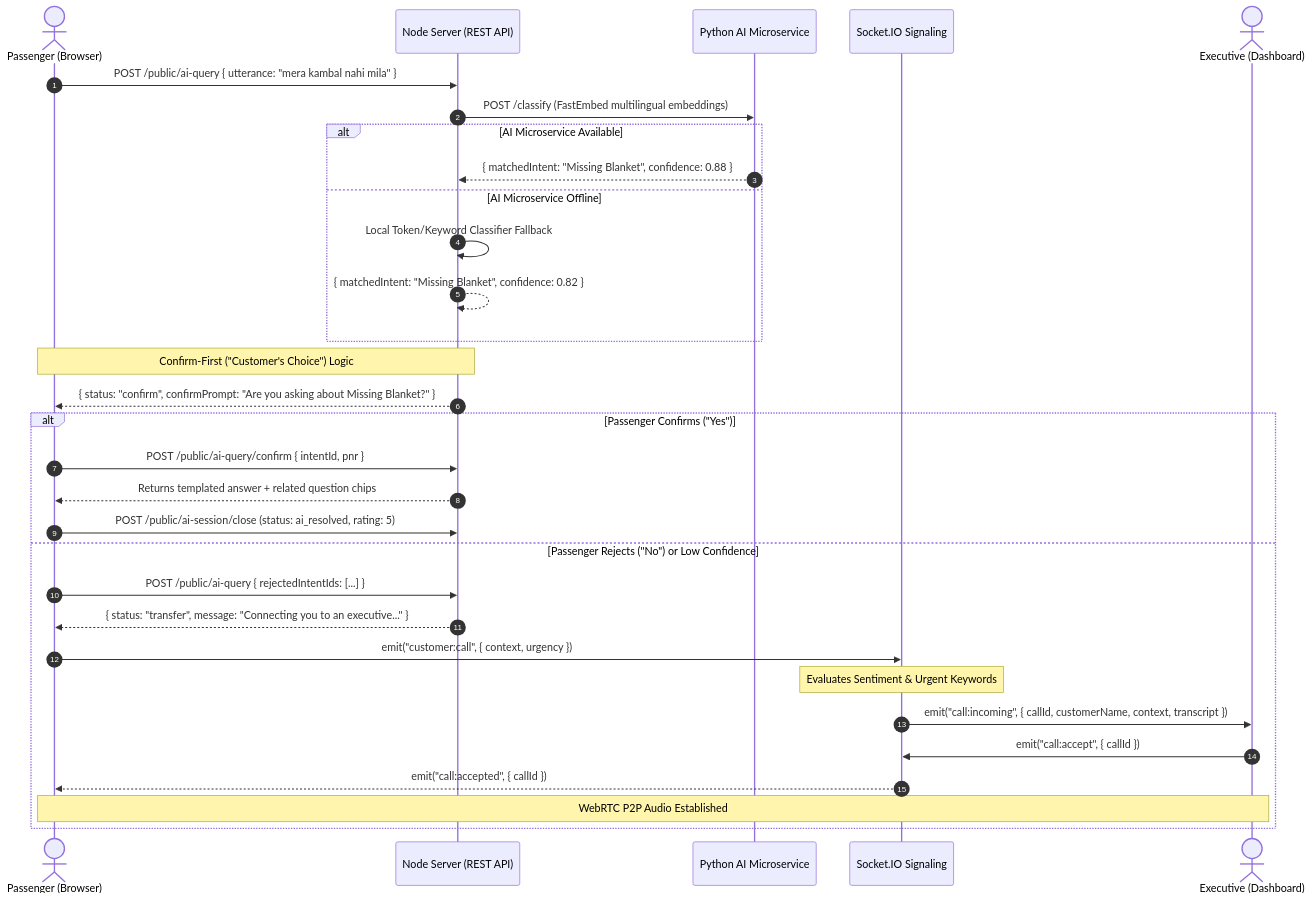
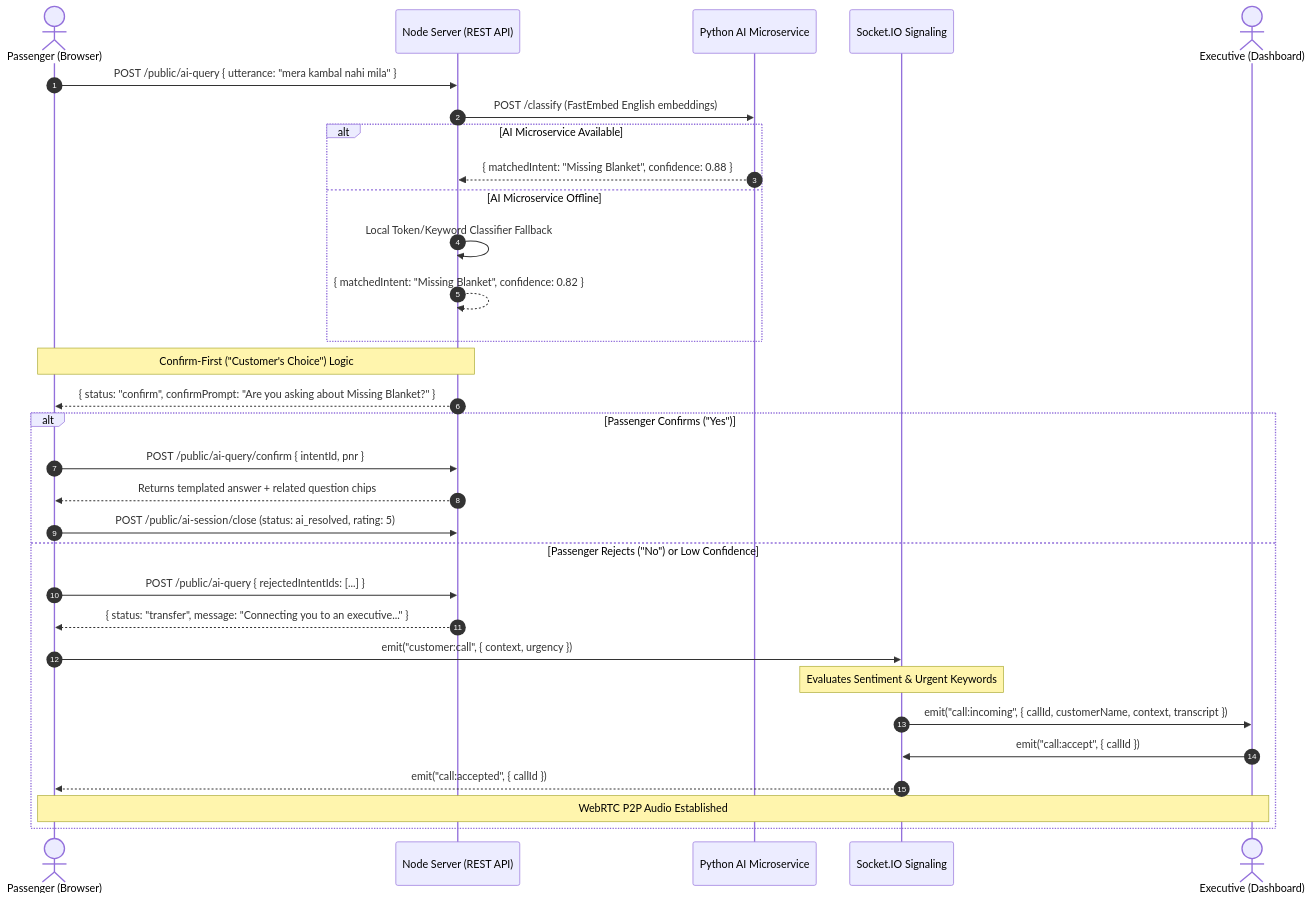
Before and after one commit to Murtazahd04/Railcare-Ai: the second of 6 diagrams in README.md, drawn with Mermaid. The commit also changed other lines of this file and 7 other files, not shown here.

````diff
--- a/README.md
+++ b/README.md
@@ -171,36 +171,36 @@
 ```mermaid
 sequenceDiagram
     autonumber
     actor P as Passenger (Browser)
     participant B as Node Server (REST API)
     participant AI as Python AI Microservice
     participant S as Socket.IO Signaling
     actor E as Executive (Dashboard)
 
     P->>B: POST /public/ai-query { utterance: "mera kambal nahi mila" }
-    B->>AI: POST /classify (FastEmbed multilingual embeddings)
+    B->>AI: POST /classify (FastEmbed English embeddings)
     alt AI Microservice Available
         AI-->>B: { matchedIntent: "Missing Blanket", confidence: 0.88 }
     else AI Microservice Offline
         B->>B: Local Token/Keyword Classifier Fallback
         B-->>B: { matchedIntent: "Missing Blanket", confidence: 0.82 }
     end
 
     Note over B,P: Confirm-First ("Customer's Choice") Logic
     B-->>P: { status: "confirm", confirmPrompt: "Are you asking about Missing Blanket?" }
     
     alt Passenger Confirms ("Yes")
         P->>B: POST /public/ai-query/confirm { intentId, pnr }
         B-->>P: Returns templated answer + related question chips
         P->>B: POST /public/ai-session/close (status: ai_resolved, rating: 5)
     else Passenger Rejects ("No") or Low Confidence
         P->>B: POST /public/ai-query { rejectedIntentIds: [...] }
         B-->>P: { status: "transfer", message: "Connecting you to an executive..." }
         P->>S: emit("customer:call", { context, urgency })
         Note over S: Evaluates Sentiment & Urgent Keywords
         S->>E: emit("call:incoming", { callId, customerName, context, transcript })
         E->>S: emit("call:accept", { callId })
         S-->>P: emit("call:accepted", { callId })
         Note over P,E: WebRTC P2P Audio Established
     end
 ```
````
